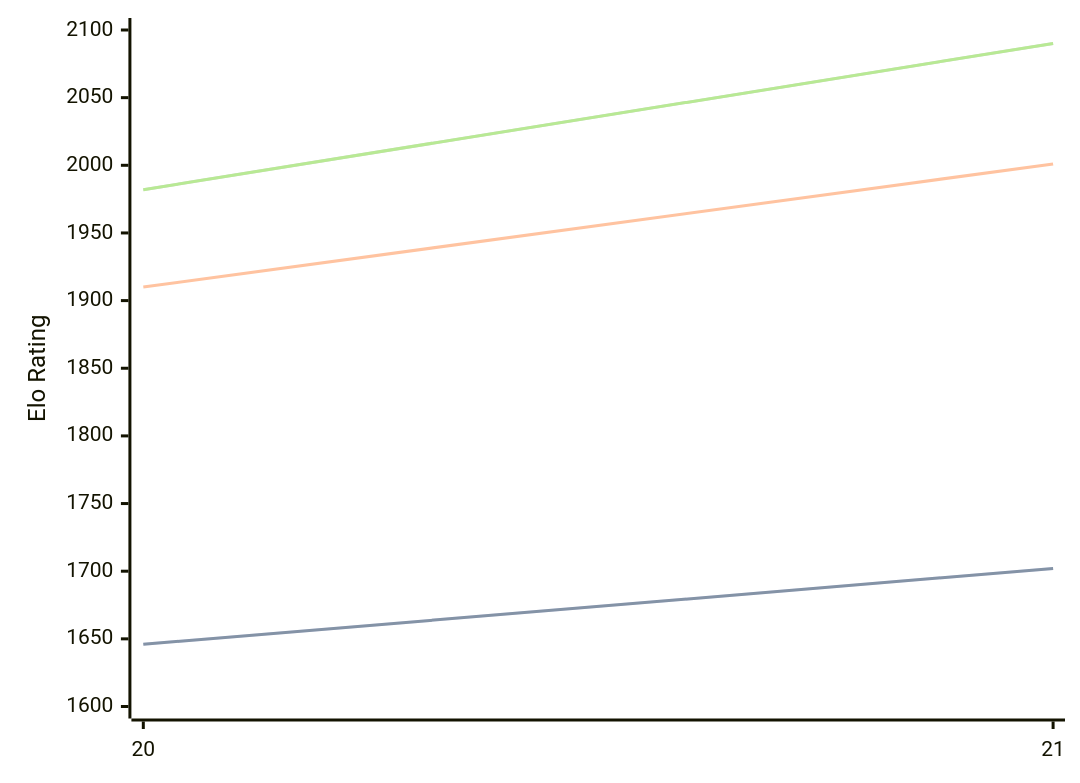
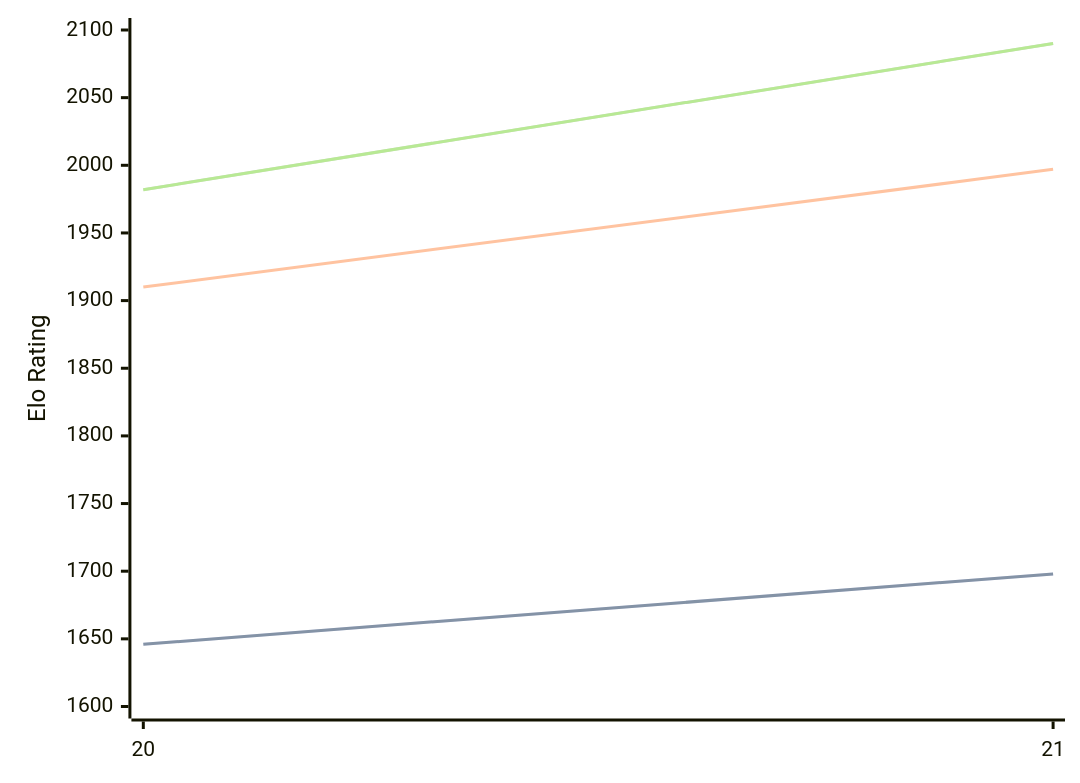
One commit to computer-chess-index/cci changed the diagram in engines/PurplePanda.md. Above: the diagram before and after it, drawn with Mermaid. The commit also changed other lines of this file, not shown here.

````diff
--- a/engines/PurplePanda.md
+++ b/engines/PurplePanda.md
@@ -32,11 +32,11 @@
 ```mermaid
 %%{init: {"theme":"base","themeVariables":{"seriesColors:['#a3a3a3','#222221','#faa371']}}}%%
 xychart-beta
   x-axis ["20", "21"]
   y-axis "Elo Rating" 1600 --> 2100
-  line "" [1646, 1702]
-  line "STC (8.0+0.08s)" [1646, 1702]
-  line "LTC (60.0+0.60s)" [1910, 2001]
+  line "" [1646, 1698]
+  line "STC (8.0+0.08s)" [1646, 1698]
+  line "LTC (60.0+0.60s)" [1910, 1997]
   line "" [1982, 2090]
   line "VLTC (2m24s+1.12s)" [1982, 2090]
 ```
````
